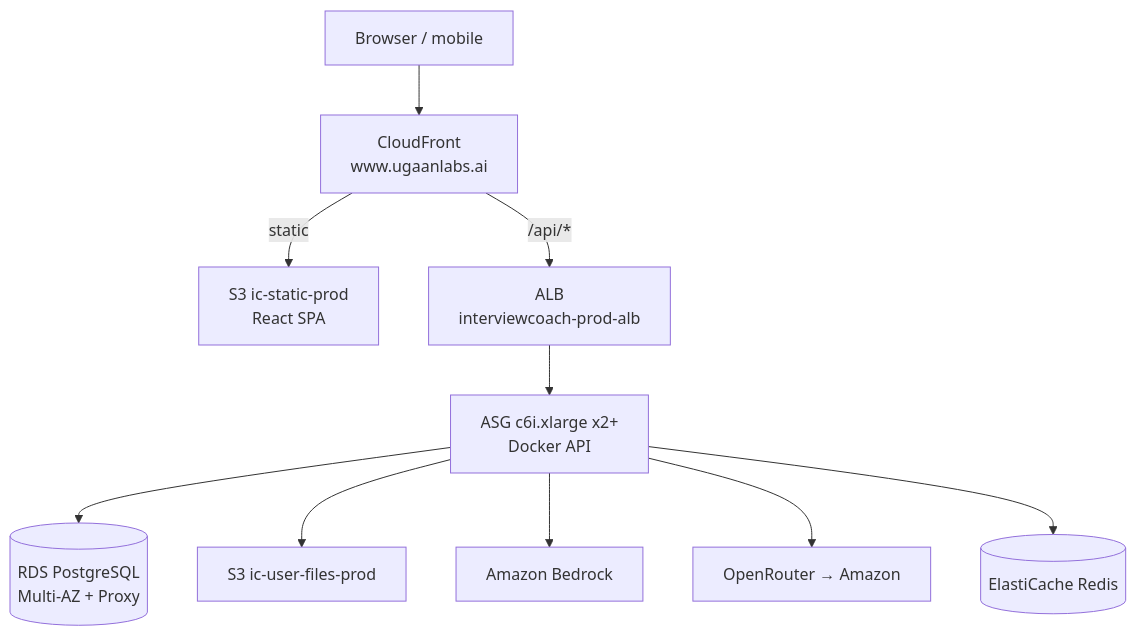
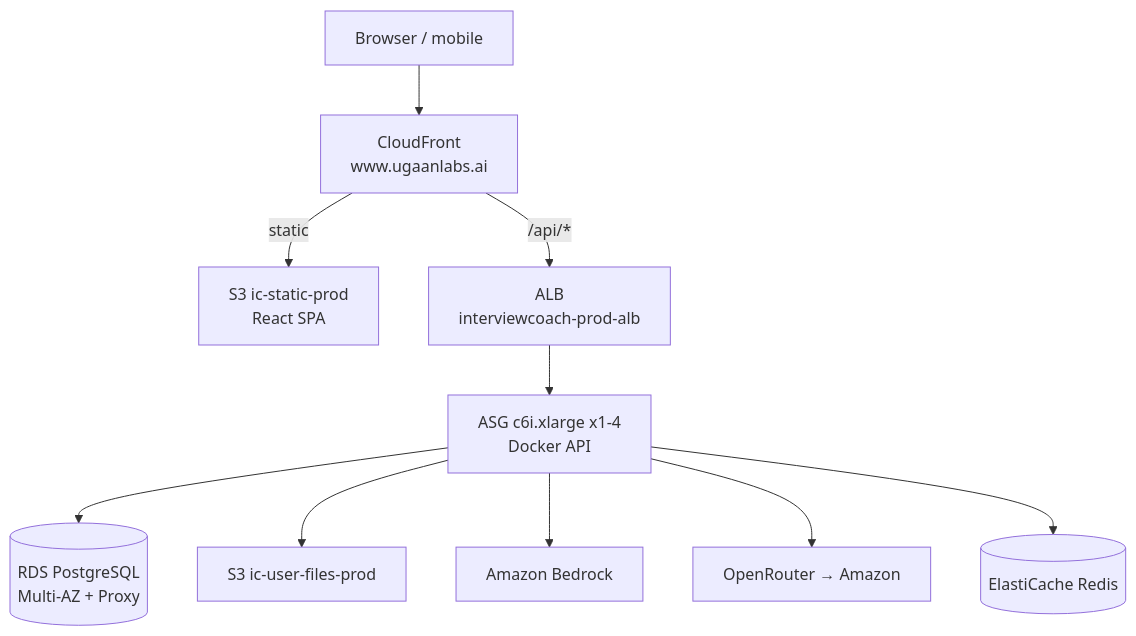
The first of 2 diagrams in docs/ARCHITECTURE.md (moback-ai/interviewcoach-AI), drawn with Mermaid before and after one commit. The commit also changed other lines of this file and 1 other file, not shown here.

Commit message:
Default prod API ASG to 1 instance with CPU autoscale up to 4.
Heavy load adds nodes via existing CloudWatch CPU alarms; business-hours schedule unchanged.

````diff
--- a/docs/ARCHITECTURE.md
+++ b/docs/ARCHITECTURE.md
@@ -10,23 +10,23 @@
 ```mermaid
 flowchart TB
   User[Browser / mobile]
   CF[CloudFront\nwww.ugaanlabs.ai]
   S3[S3 ic-static-prod\nReact SPA]
   ALB[ALB\ninterviewcoach-prod-alb]
-  ASG[ASG c6i.xlarge x2+\nDocker API]
+  ASG[ASG c6i.xlarge x1-4\nDocker API]
   RDS[(RDS PostgreSQL\nMulti-AZ + Proxy)]
   S3Files[S3 ic-user-files-prod]
   Bedrock[Amazon Bedrock]
   STT[OpenRouter → Amazon]
   Redis[(ElastiCache Redis)]
 
   User --> CF
   CF -->|static| S3
   CF -->|/api/*| ALB
   ALB --> ASG
   ASG --> RDS
   ASG --> S3Files
   ASG --> Bedrock
   ASG --> STT
   ASG --> Redis
 ```
````
